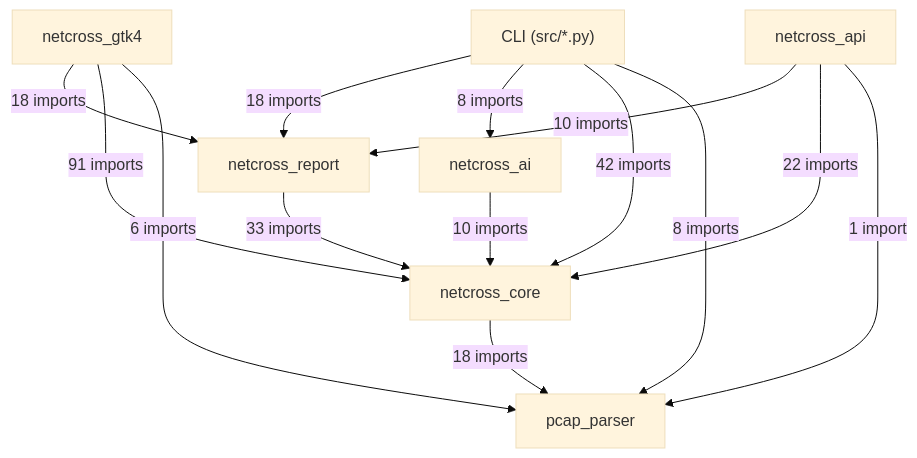
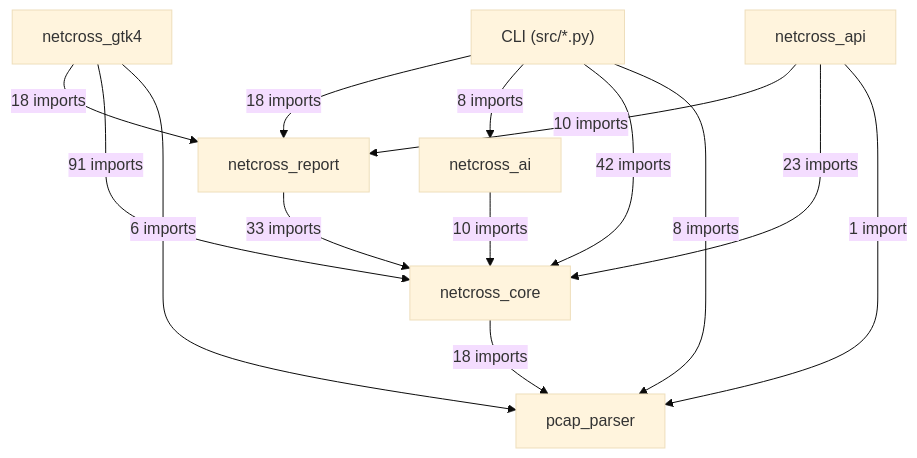
Before and after one commit to Mathide-Team/Netcross: the first of 19 diagrams in docs/class-diagram.md, drawn with Mermaid (base theme). The commit also changed 3 other files, not shown here.

First line of the commit message:
fix(#865): l'API applique topn aux graphiques Top-N du PDF

````diff
--- a/docs/class-diagram.md
+++ b/docs/class-diagram.md
@@ -26,23 +26,23 @@
 ```mermaid
 flowchart TD
     CLI["CLI (src/*.py)"]
     netcross_gtk4["netcross_gtk4"]
     netcross_api["netcross_api"]
     netcross_report["netcross_report"]
     netcross_ai["netcross_ai"]
     netcross_core["netcross_core"]
     pcap_parser["pcap_parser"]
     CLI -->|"18 imports"| netcross_report
     CLI -->|"8 imports"| netcross_ai
     CLI -->|"42 imports"| netcross_core
     CLI -->|"8 imports"| pcap_parser
     netcross_gtk4 -->|"18 imports"| netcross_report
     netcross_gtk4 -->|"91 imports"| netcross_core
     netcross_gtk4 -->|"6 imports"| pcap_parser
     netcross_api -->|"10 imports"| netcross_report
-    netcross_api -->|"22 imports"| netcross_core
+    netcross_api -->|"23 imports"| netcross_core
     netcross_api -->|"1 import"| pcap_parser
     netcross_report -->|"33 imports"| netcross_core
     netcross_ai -->|"10 imports"| netcross_core
     netcross_core -->|"18 imports"| pcap_parser
 ```
````
